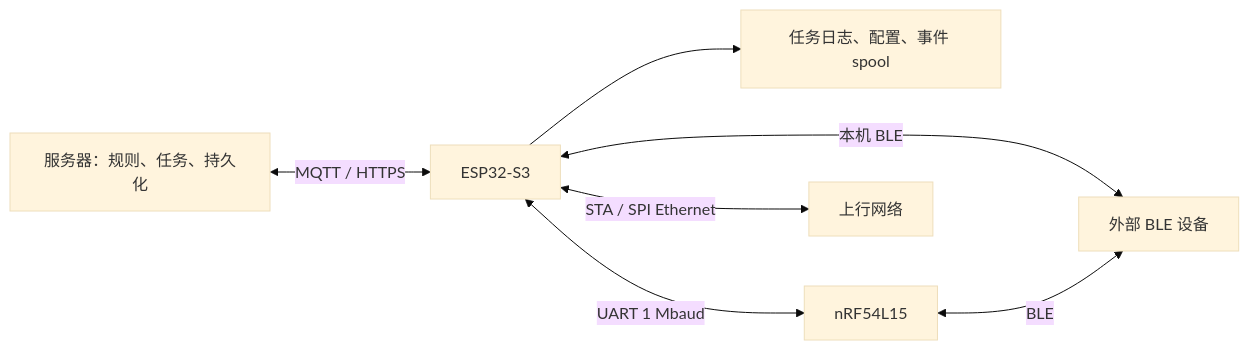
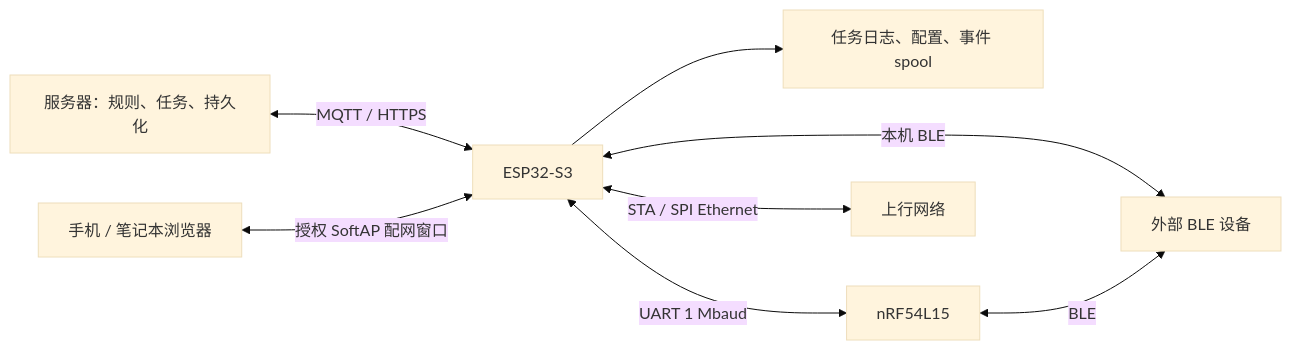
One commit to lyndon0728/ble-gateway-manager changed the diagram in docs/esp32s3-requirements.md. Above: the diagram before and after it, drawn with Mermaid (base theme). The commit also changed other lines of this file and 9 other files, not shown here.

````diff
--- a/docs/esp32s3-requirements.md
+++ b/docs/esp32s3-requirements.md
@@ -34,9 +36,10 @@
 ```mermaid
 flowchart LR
     S[服务器：规则、任务、持久化] <-->|MQTT / HTTPS| E[ESP32-S3]
     E --> J[任务日志、配置、事件 spool]
     E <-->|UART 1 Mbaud| N[nRF54L15]
     E <-->|本机 BLE| B[外部 BLE 设备]
     N <-->|BLE| B
     E <-->|STA / SPI Ethernet| U[上行网络]
+    L[手机 / 笔记本浏览器] <-->|授权 SoftAP 配网窗口| E
 ```
````
